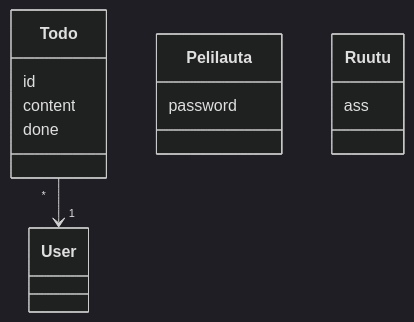
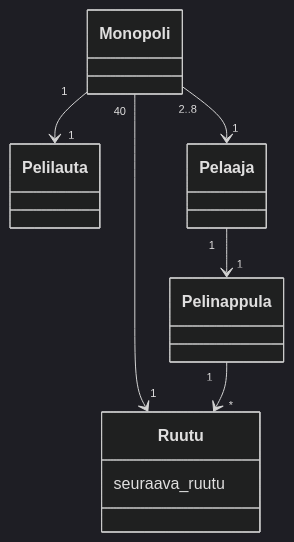
One commit to immone/ot-harjoitustyo-2023 changed the diagram in laskarit/viikko3/monopoli1.md. Above: the diagram before and after it, drawn with Mermaid (dark theme).

Commit message:
Monopoli1.md

````diff
--- a/laskarit/viikko3/monopoli1.md
+++ b/laskarit/viikko3/monopoli1.md
@@ -1,15 +1,19 @@
 ```mermaid
  classDiagram
-      Todo "*" --> "1" User
+      Monopoli "1" --> "1" Pelilauta
+      Monopoli "2..8" --> "1" Pelaaja
+      Monopoli "40" --> "1" Ruutu
+      Pelaaja "1" --> "1" Pelinappula
+      Pelinappula "1" --> "*" Ruutu
+      class Monopoli{
+      }
       class Pelilauta{
-          password
-      }
-      class Todo{
-          id
-          content
-          done
       }
       class Ruutu{
-      	ass
+      	seuraava_ruutu
+      }
+      class Pelaaja{
+      }
+      class Pelinappula{	
       }
 ```
````
